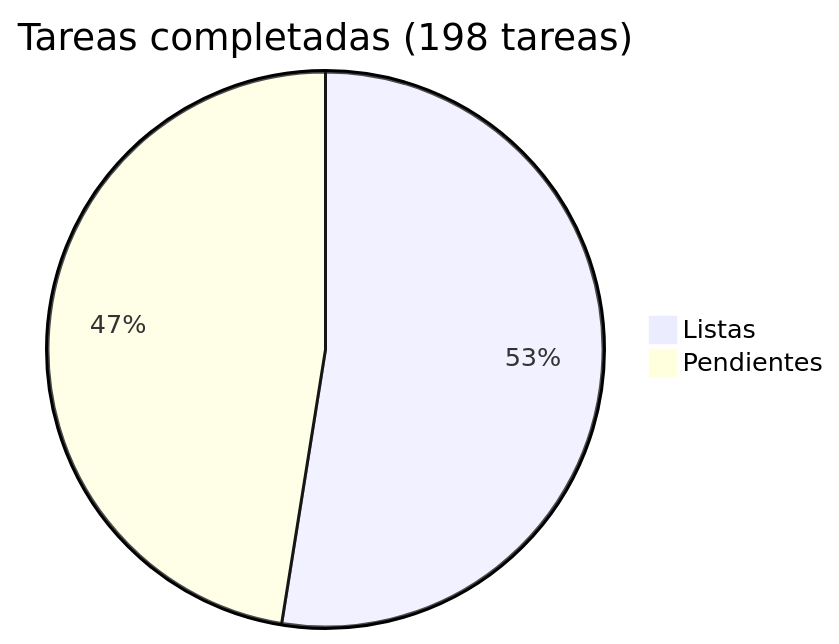
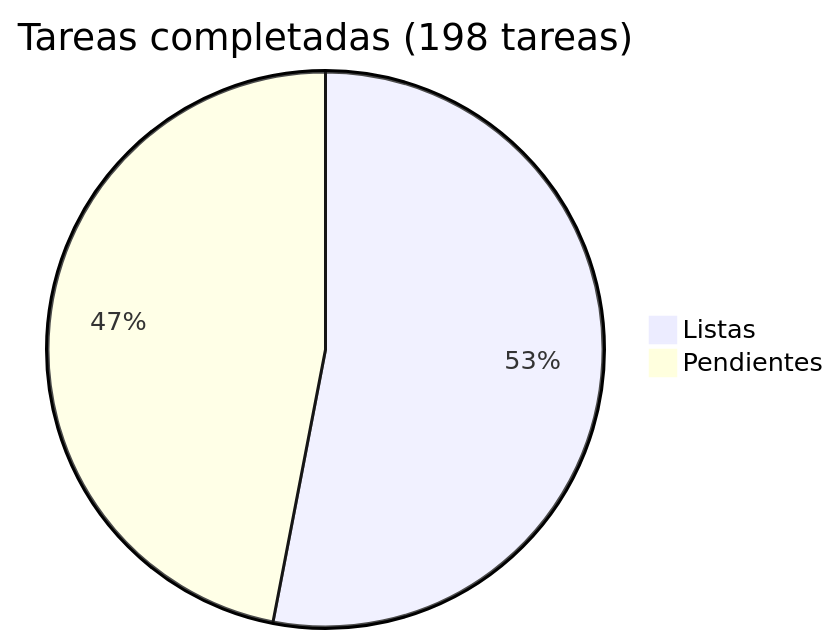
The diagram in docs/roadmap/README.md (araguaney-lat/araguaney), drawn with Mermaid before and after one commit. The commit also changed other lines of this file and 4 other files, not shown here.

````diff
--- a/docs/roadmap/README.md
+++ b/docs/roadmap/README.md
@@ -5,5 +5,5 @@
 ```mermaid
 pie title Tareas completadas (198 tareas)
-    "Listas" : 104
-    "Pendientes" : 94
+    "Listas" : 105
+    "Pendientes" : 93
 ```
````
